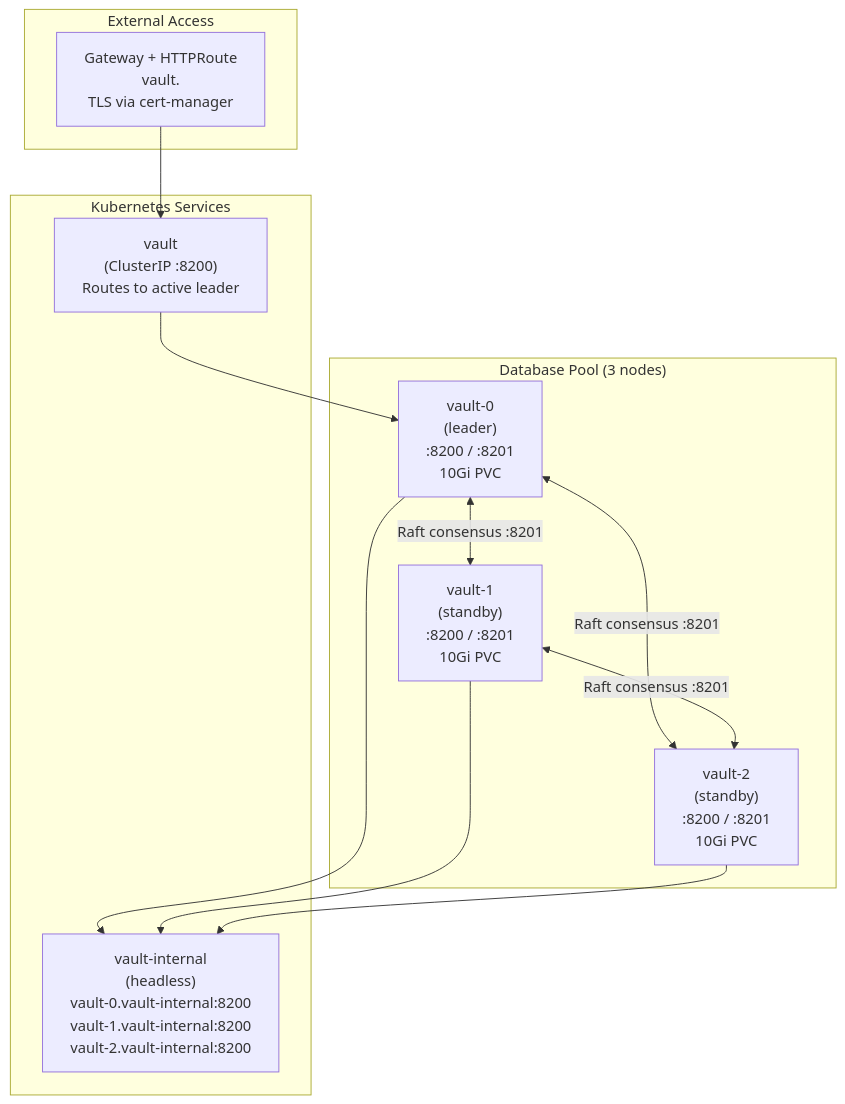
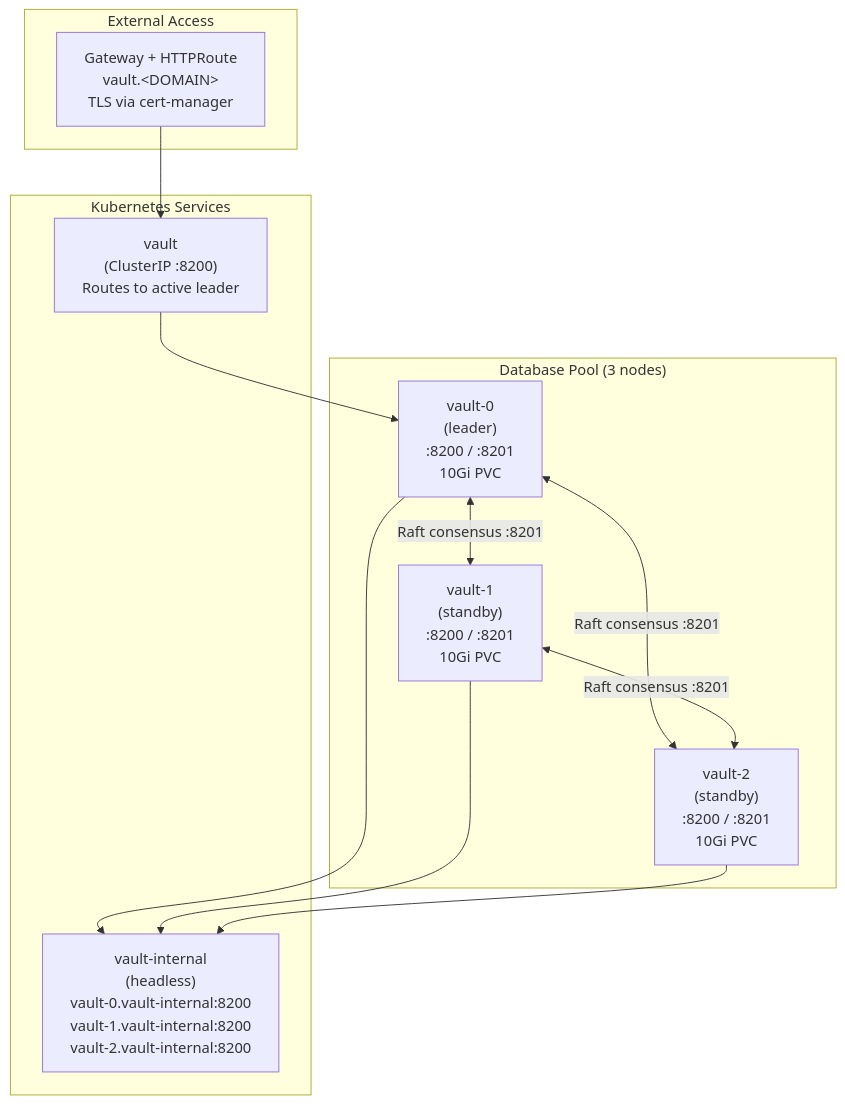
The third of 11 diagrams in docs/engineering/security-architecture.md (derhornspieler/harvester-rke2-platform), drawn with Mermaid before and after one commit. The commit also changed other lines of this file and 127 other files, not shown here.

````diff
--- a/docs/engineering/security-architecture.md
+++ b/docs/engineering/security-architecture.md
@@ -222,26 +222,26 @@
 ```mermaid
 graph TB
     subgraph DatabasePool["Database Pool (3 nodes)"]
         V0["vault-0<br/>(leader)<br/>:8200 / :8201<br/>10Gi PVC"]
         V1["vault-1<br/>(standby)<br/>:8200 / :8201<br/>10Gi PVC"]
         V2["vault-2<br/>(standby)<br/>:8200 / :8201<br/>10Gi PVC"]
     end
 
     subgraph Services["Kubernetes Services"]
         Internal["vault-internal<br/>(headless)<br/>vault-0.vault-internal:8200<br/>vault-1.vault-internal:8200<br/>vault-2.vault-internal:8200"]
         Active["vault<br/>(ClusterIP :8200)<br/>Routes to active leader"]
     end
 
     subgraph Ingress["External Access"]
-        GW["Gateway + HTTPRoute<br/>vault.<DOMAIN><br/>TLS via cert-manager"]
+        GW["Gateway + HTTPRoute<br/>vault.&lt;DOMAIN&gt;<br/>TLS via cert-manager"]
     end
 
     V0 <-->|"Raft consensus :8201"| V1
     V0 <-->|"Raft consensus :8201"| V2
     V1 <-->|"Raft consensus :8201"| V2
     V0 --> Internal
     V1 --> Internal
     V2 --> Internal
     Active --> V0
     GW --> Active
 ```
````
